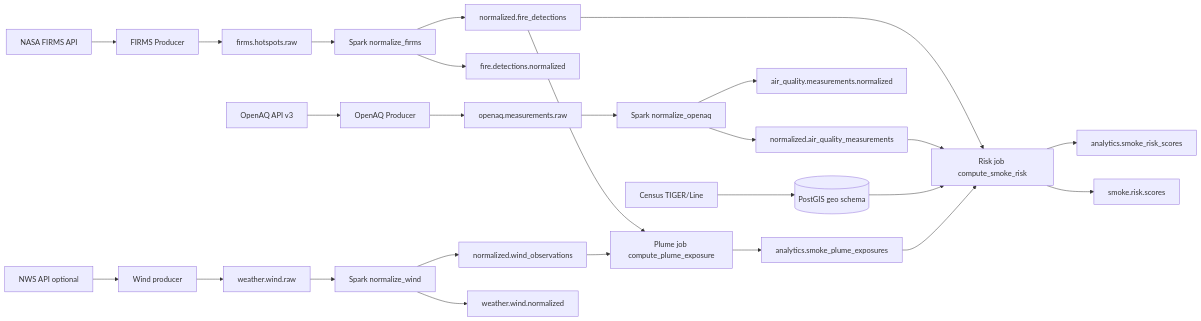
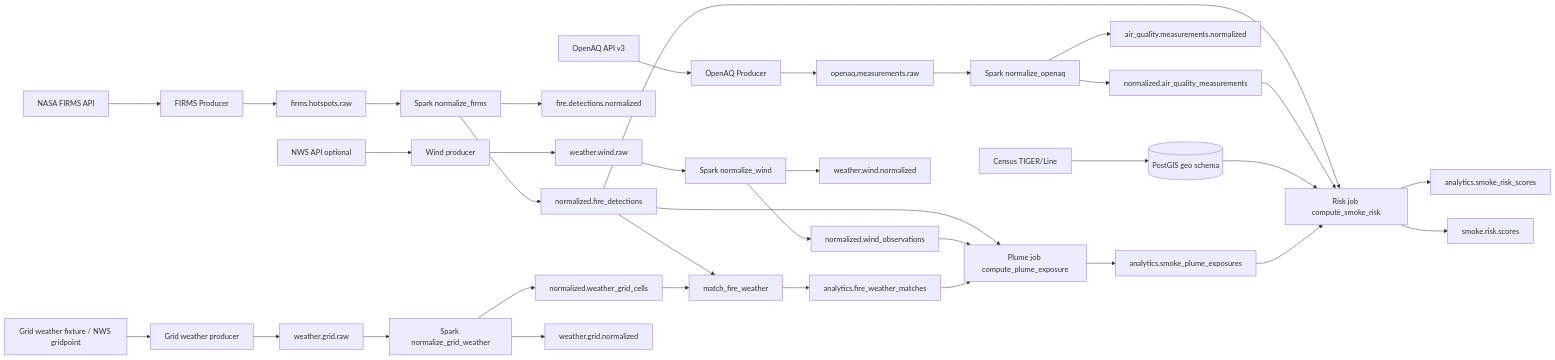
Before and after one commit to sempervent/wildfire-smoke-risk-correlator: the diagram in README.md, drawn with Mermaid. The commit also changed other lines of this file and 14 other files, not shown here.

````diff
--- a/README.md
+++ b/README.md
@@ -35,31 +38,41 @@
 ```mermaid
 flowchart LR
   FIRMS[NASA FIRMS API] --> FP[FIRMS Producer]
   FP --> KR[firms.hotspots.raw]
   KR --> SF[Spark normalize_firms]
   SF --> PF[normalized.fire_detections]
   SF --> KN[fire.detections.normalized]
 
   OAQ[OpenAQ API v3] --> OP[OpenAQ Producer]
   OP --> KO[openaq.measurements.raw]
   KO --> SO[Spark normalize_openaq]
   SO --> PA[normalized.air_quality_measurements]
   SO --> KA[air_quality.measurements.normalized]
 
   NWS[NWS API optional] --> WP[Wind producer]
   WP --> KW[weather.wind.raw]
   KW --> NW[Spark normalize_wind]
   NW --> PW[normalized.wind_observations]
   NW --> KW2[weather.wind.normalized]
 
+  GWX[Grid weather fixture / NWS gridpoint] --> GP[Grid weather producer]
+  GP --> KWG[weather.grid.raw]
+  KWG --> NG[Spark normalize_grid_weather]
+  NG --> WGC[normalized.weather_grid_cells]
+  NG --> KGN[weather.grid.normalized]
+  PF --> MW[match_fire_weather]
+  WGC --> MW
+  MW --> FWM[analytics.fire_weather_matches]
+
   CEN[Census TIGER/Line] --> PG[(PostGIS geo schema)]
   PF --> PL[Plume job compute_plume_exposure]
   PW --> PL
+  FWM --> PL
   PF --> SR[Risk job compute_smoke_risk]
   PA --> SR
   PG --> SR
   PL --> PE[analytics.smoke_plume_exposures]
   PE --> SR
   SR --> AN[analytics.smoke_risk_scores]
   SR --> KS[smoke.risk.scores]
 ```
````
